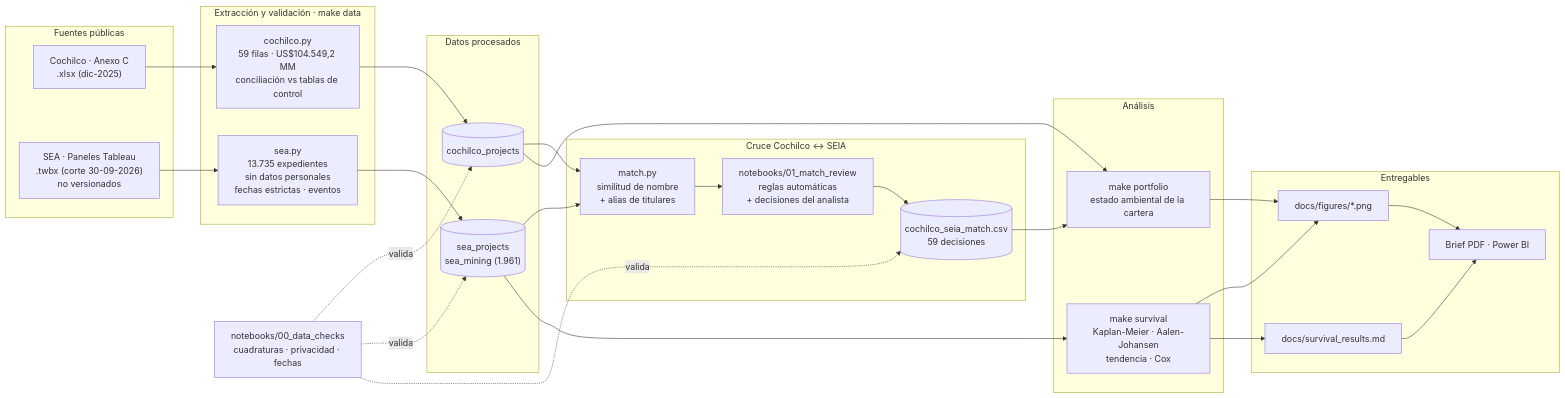
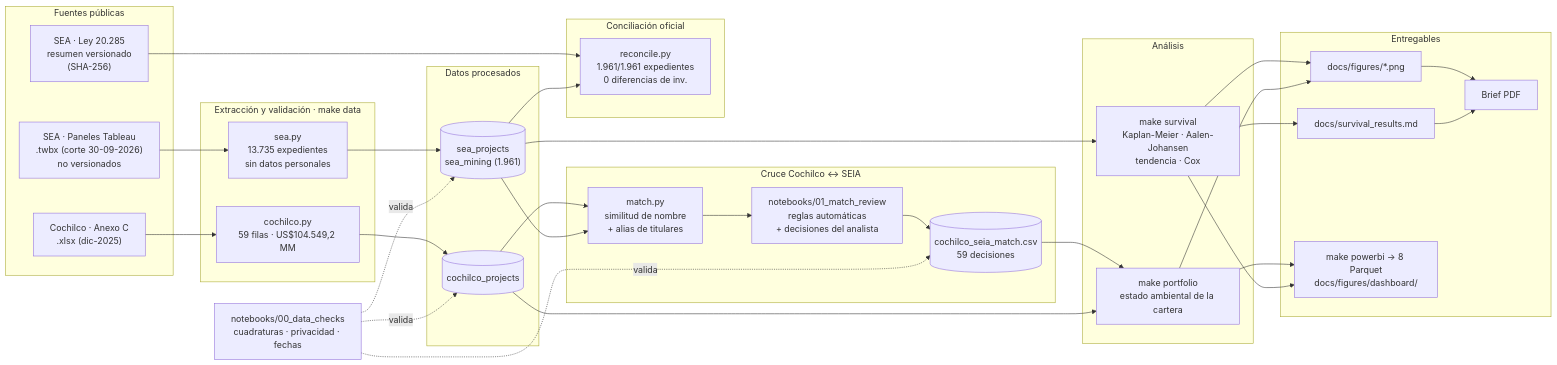
One commit to munozmartinezja/chile-mining-investment-pipeline changed the first of 2 diagrams in README.md. Above: the diagram before and after it, drawn with Mermaid. The commit also changed other lines of this file and 10 other files, not shown here.

Commit message:
docs: README synced with claims register, Power BI dashboard section, guards against stale figures

````diff
--- a/README.md
+++ b/README.md
@@ -66,40 +104,48 @@
 ```mermaid
 flowchart LR
     subgraph F["Fuentes públicas"]
         A1["Cochilco · Anexo C<br/>.xlsx (dic-2025)"]
         A2["SEA · Paneles Tableau<br/>.twbx (corte 30-09-2026)<br/>no versionados"]
+        A3["SEA · Ley 20.285<br/>resumen versionado<br/>(SHA-256)"]
     end
     subgraph E["Extracción y validación · make data"]
-        B1["cochilco.py<br/>59 filas · US$104.549,2 MM<br/>conciliación vs tablas de control"]
-        B2["sea.py<br/>13.735 expedientes<br/>sin datos personales<br/>fechas estrictas · eventos"]
+        B1["cochilco.py<br/>59 filas · US$104.549,2 MM"]
+        B2["sea.py<br/>13.735 expedientes<br/>sin datos personales"]
     end
     subgraph D["Datos procesados"]
         C1[("cochilco_projects")]
         C2[("sea_projects<br/>sea_mining (1.961)")]
     end
     subgraph M["Cruce Cochilco ↔ SEIA"]
         D1["match.py<br/>similitud de nombre<br/>+ alias de titulares"]
         D2["notebooks/01_match_review<br/>reglas automáticas<br/>+ decisiones del analista"]
         D3[("cochilco_seia_match.csv<br/>59 decisiones")]
     end
+    subgraph R["Conciliación oficial"]
+        G1["reconcile.py<br/>1.961/1.961 expedientes<br/>0 diferencias de inv."]
+    end
     subgraph AN["Análisis"]
         E1["make survival<br/>Kaplan-Meier · Aalen-Johansen<br/>tendencia · Cox"]
         E2["make portfolio<br/>estado ambiental de la cartera"]
     end
     subgraph O["Entregables"]
         F1["docs/figures/*.png"]
         F2["docs/survival_results.md"]
-        F3["Brief PDF · Power BI"]
+        F3["Brief PDF"]
+        F4["make powerbi → 8 Parquet<br/>docs/figures/dashboard/"]
     end
     A1 --> B1 --> C1
     A2 --> B2 --> C2
+    A3 --> G1
+    C2 --> G1
     C1 --> D1
     C2 --> D1 --> D2 --> D3
     C2 --> E1
     D3 --> E2
     C1 --> E2
     E1 --> F1 & F2
     E2 --> F1
     F1 & F2 --> F3
+    E2 & E1 --> F4
     Q["notebooks/00_data_checks<br/>cuadraturas · privacidad · fechas"] -.valida.-> C1 & C2 & D3
 ```
````
